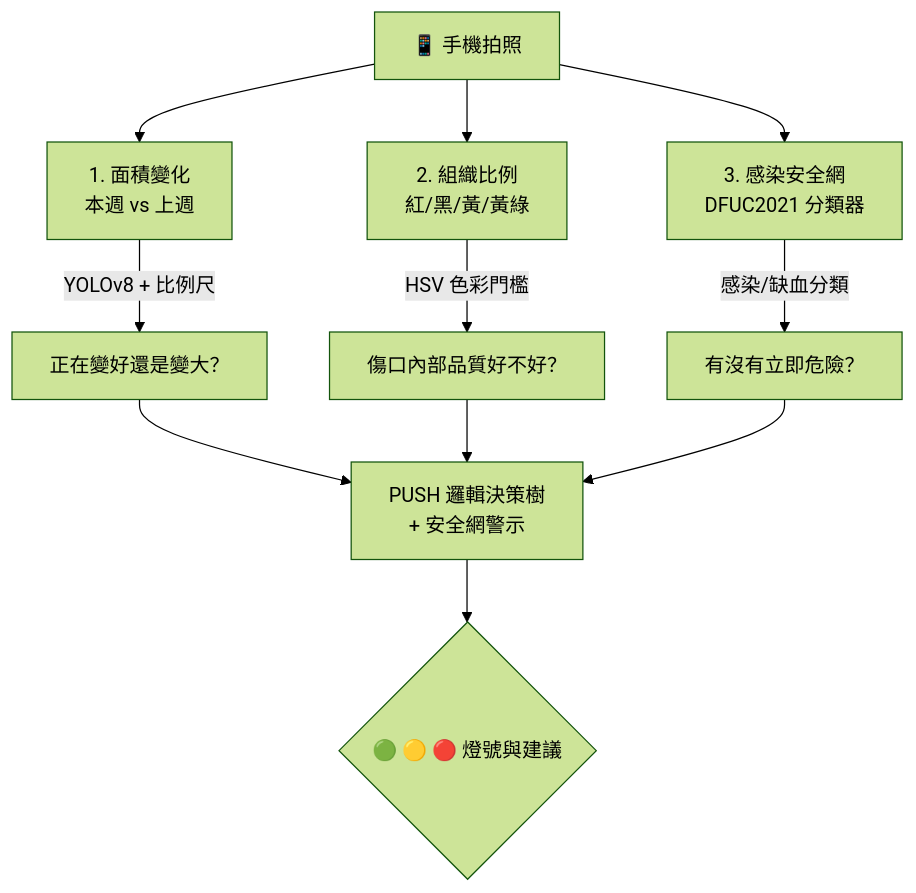
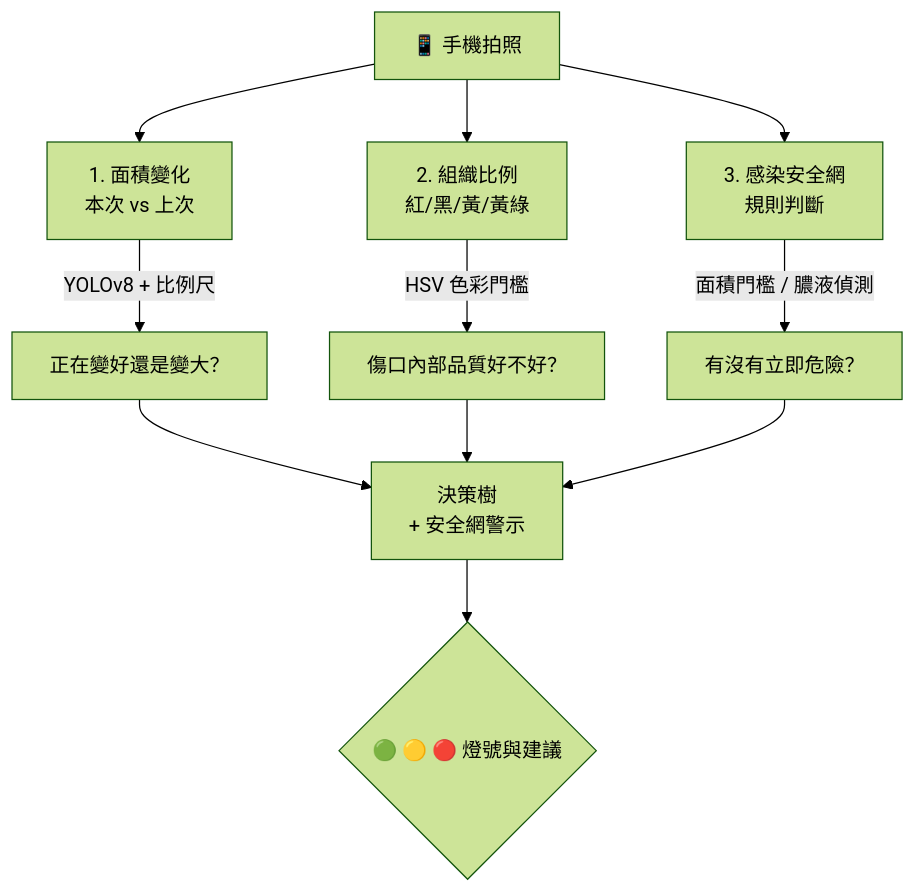
One commit to SyueFa/H.E.R.A. changed the first of 4 diagrams in README.md. Above: the diagram before and after it, drawn with Mermaid (forest theme). The commit also changed other lines of this file, not shown here.

````diff
--- a/README.md
+++ b/README.md
@@ -32,16 +36,16 @@
 ```mermaid
 flowchart TD
-    A[📱 手機拍照] --> B[1. 面積變化<br/>本週 vs 上週]
-    A --> C[2. 組織比例<br/>紅/黑/黃/黃綠]
-    A --> D[3. 感染安全網<br/>DFUC2021 分類器]
+    A["📱 手機拍照"] --> B["1. 面積變化<br/>本次 vs 上次"]
+    A --> C["2. 組織比例<br/>紅/黑/黃/黃綠"]
+    A --> D["3. 感染安全網<br/>規則判斷"]
 
-    B -->|YOLOv8 + 比例尺| E[正在變好還是變大？]
-    C -->|HSV 色彩門檻| F[傷口內部品質好不好？]
-    D -->|感染/缺血分類| G[有沒有立即危險？]
+    B -->|"YOLOv8 + 比例尺"| E["正在變好還是變大？"]
+    C -->|"HSV 色彩門檻"| F["傷口內部品質好不好？"]
+    D -->|"面積門檻 / 膿液偵測"| G["有沒有立即危險？"]
 
-    E --> H[PUSH 邏輯決策樹<br/>+ 安全網警示]
+    E --> H["決策樹<br/>+ 安全網警示"]
     F --> H
     G --> H
 
-    H --> I{🟢 🟡 🔴 燈號與建議}
+    H --> I{"🟢 🟡 🔴 燈號與建議"}
 ```
````
